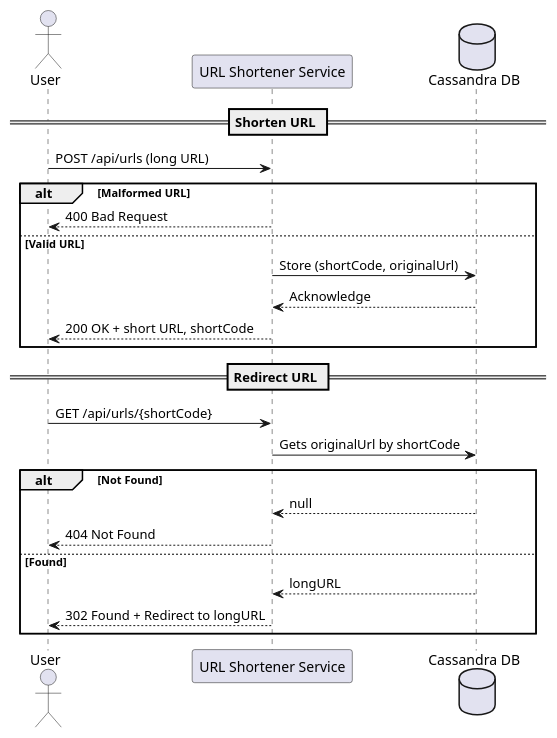
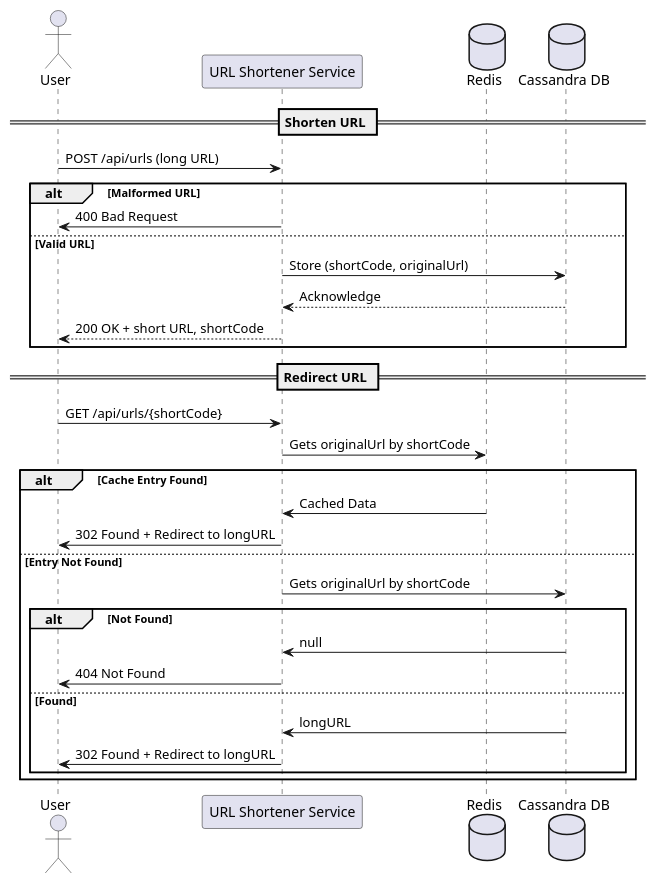
Before and after one commit to antoshka412/url-shortener: the diagram in documentation/shorten-and-redirect-flow.puml, drawn with PlantUML. The commit also changed 7 other files, not shown here.

```diff
--- a/documentation/shorten-and-redirect-flow.puml
+++ b/documentation/shorten-and-redirect-flow.puml
@@ -1,29 +1,37 @@
 @startuml
 'https://plantuml.com/sequence-diagram
 
 actor User
 participant "URL Shortener Service" as Service
+database Redis as Redis
 database "Cassandra DB" as DB
 
 == Shorten URL ==
 User -> Service : POST /api/urls (long URL)
 alt Malformed URL
-    Service --> User : 400 Bad Request
+    Service -> User : 400 Bad Request
 else Valid URL
     Service -> DB : Store (shortCode, originalUrl)
     DB --> Service : Acknowledge
     Service --> User : 200 OK + short URL, shortCode
 end
 
 == Redirect URL ==
 User -> Service : GET /api/urls/{shortCode}
-Service -> DB : Gets originalUrl by shortCode
-alt Not Found
-    DB --> Service : null
-    Service --> User : 404 Not Found
-else Found
-    DB --> Service : longURL
-    Service --> User : 302 Found + Redirect to longURL
+Service -> Redis : Gets originalUrl by shortCode
+alt Cache Entry Found
+    Redis -> Service: Cached Data
+    Service -> User : 302 Found + Redirect to longURL
+else Entry Not Found
+    Service -> DB : Gets originalUrl by shortCode
+    alt Not Found
+        DB -> Service : null
+        Service -> User : 404 Not Found
+    else Found
+        DB -> Service : longURL
+        Service -> User : 302 Found + Redirect to longURL
+    end
+
 end
 
 @enduml
```
